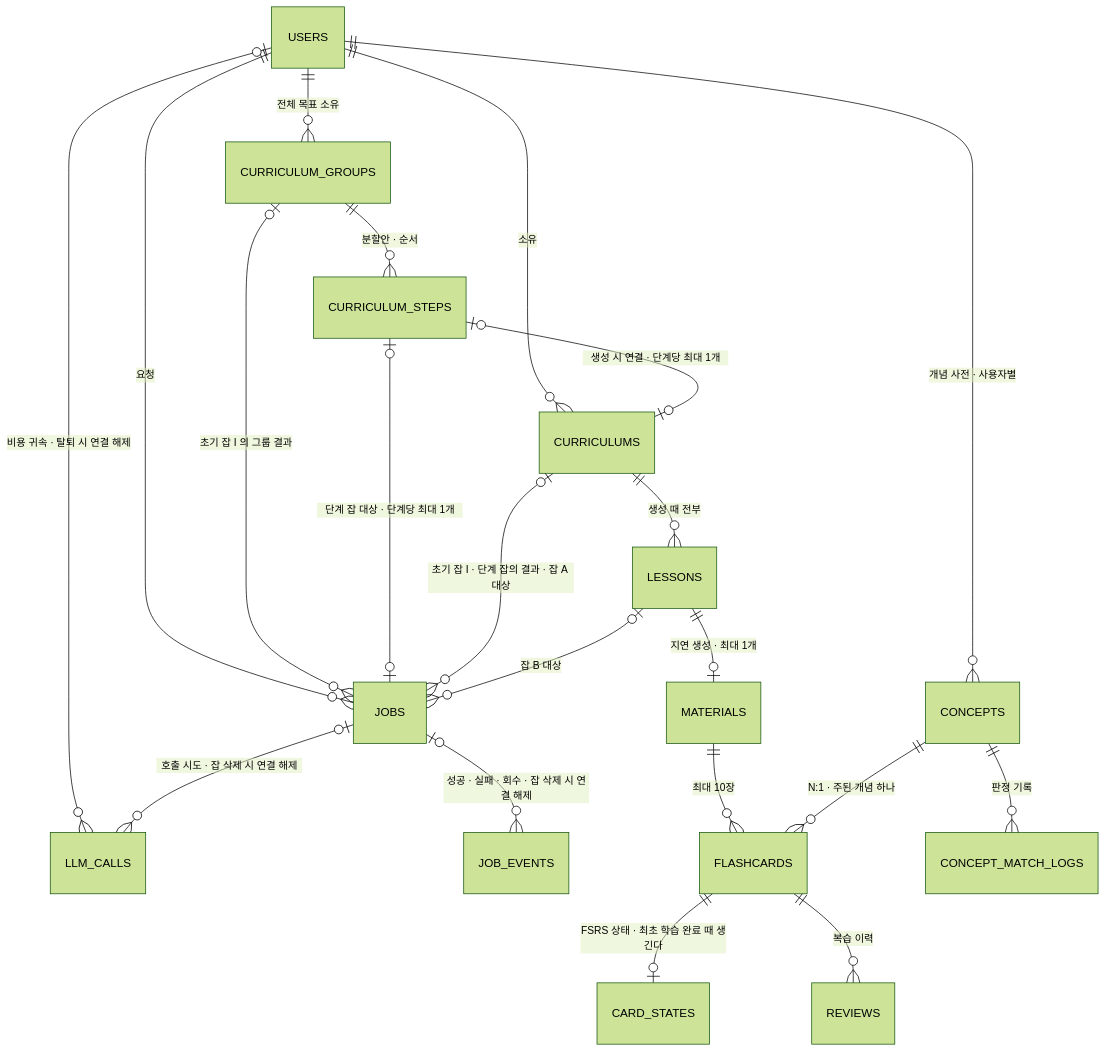
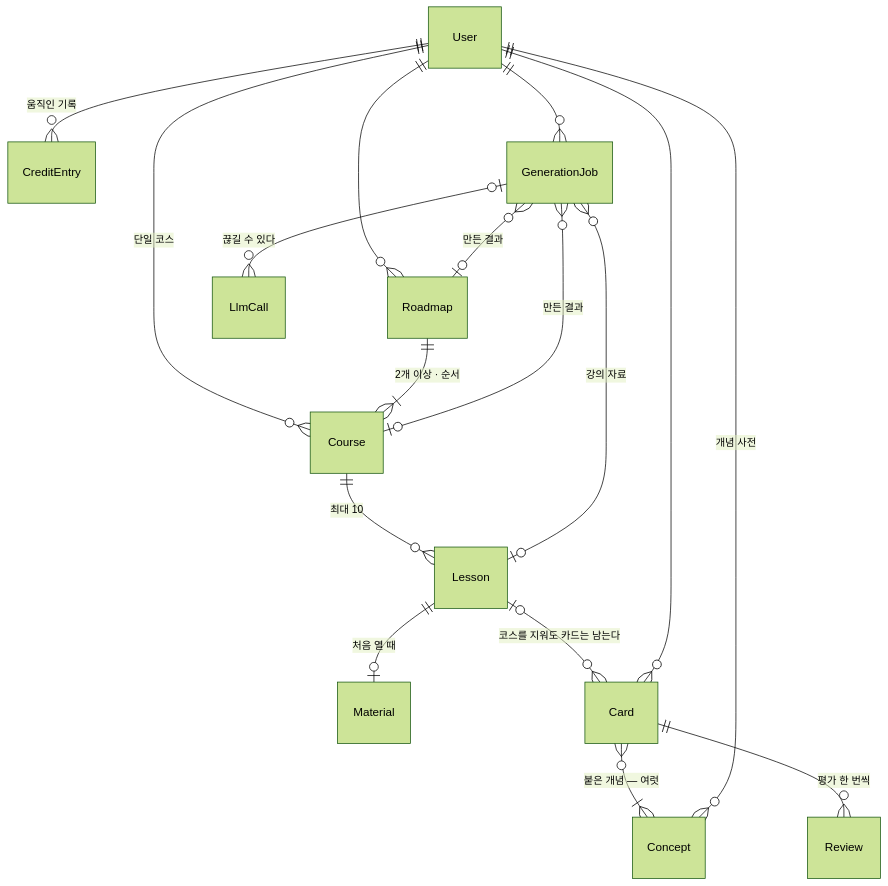
One commit to f-lab-edu/Mogum changed the diagram in docs/02-domain-data.md. Above: the diagram before and after it, drawn with Mermaid (forest theme). The commit also changed other lines of this file and 105 other files, not shown here.

````diff
--- a/docs/02-domain-data.md
+++ b/docs/02-domain-data.md
@@ -10,23 +11,19 @@
 ```mermaid
 erDiagram
-    USERS             ||--o{ CURRICULUMS        : "소유"
-    USERS             ||--o{ CURRICULUM_GROUPS  : "전체 목표 소유"
-    CURRICULUM_GROUPS ||--o{ CURRICULUM_STEPS   : "분할안 · 순서"
-    CURRICULUM_STEPS  |o--o| CURRICULUMS        : "생성 시 연결 · 단계당 최대 1개"
-    USERS             ||--o{ JOBS               : "요청"
-    CURRICULUM_GROUPS |o--o{ JOBS               : "초기 잡 I 의 그룹 결과"
-    CURRICULUM_STEPS  |o--o| JOBS               : "단계 잡 대상 · 단계당 최대 1개"
-    CURRICULUMS       |o--o{ JOBS               : "초기 잡 I · 단계 잡의 결과 · 잡 A 대상"
-    LESSONS           |o--o{ JOBS               : "잡 B 대상"
-    USERS             ||--o{ CONCEPTS           : "개념 사전 · 사용자별"
-    USERS             |o--o{ LLM_CALLS          : "비용 귀속 · 탈퇴 시 연결 해제"
-    JOBS              |o--o{ LLM_CALLS          : "호출 시도 · 잡 삭제 시 연결 해제"
-    JOBS              |o--o{ JOB_EVENTS         : "성공 · 실패 · 회수 · 잡 삭제 시 연결 해제"
-    CURRICULUMS       ||--o{ LESSONS            : "생성 때 전부"
-    LESSONS           ||--o| MATERIALS          : "지연 생성 · 최대 1개"
-    MATERIALS         ||--o{ FLASHCARDS         : "최대 10장"
-    FLASHCARDS        ||--o| CARD_STATES        : "FSRS 상태 · 최초 학습 완료 때 생긴다"
-    FLASHCARDS        ||--o{ REVIEWS            : "복습 이력"
-    CONCEPTS          ||--o{ FLASHCARDS         : "N:1 · 주된 개념 하나"
-    CONCEPTS          ||--o{ CONCEPT_MATCH_LOGS : "판정 기록"
+    User ||--o{ CreditEntry : "움직인 기록"
+    User ||--o{ Roadmap : ""
+    User ||--o{ Course : "단일 코스"
+    Roadmap ||--|{ Course : "2개 이상 · 순서"
+    Course ||--o{ Lesson : "최대 10"
+    Lesson ||--o| Material : "처음 열 때"
+    Lesson |o--o{ Card : "코스를 지워도 카드는 남는다"
+    User ||--o{ Card : ""
+    Card }o--|{ Concept : "붙은 개념 — 여럿"
+    Card ||--o{ Review : "평가 한 번씩"
+    User ||--o{ Concept : "개념 사전"
+    User ||--o{ GenerationJob : ""
+    GenerationJob }o--o| Course : "만든 결과"
+    GenerationJob }o--o| Roadmap : "만든 결과"
+    GenerationJob }o--o| Lesson : "강의 자료"
+    GenerationJob |o--o{ LlmCall : "끊길 수 있다"
 ```
````
